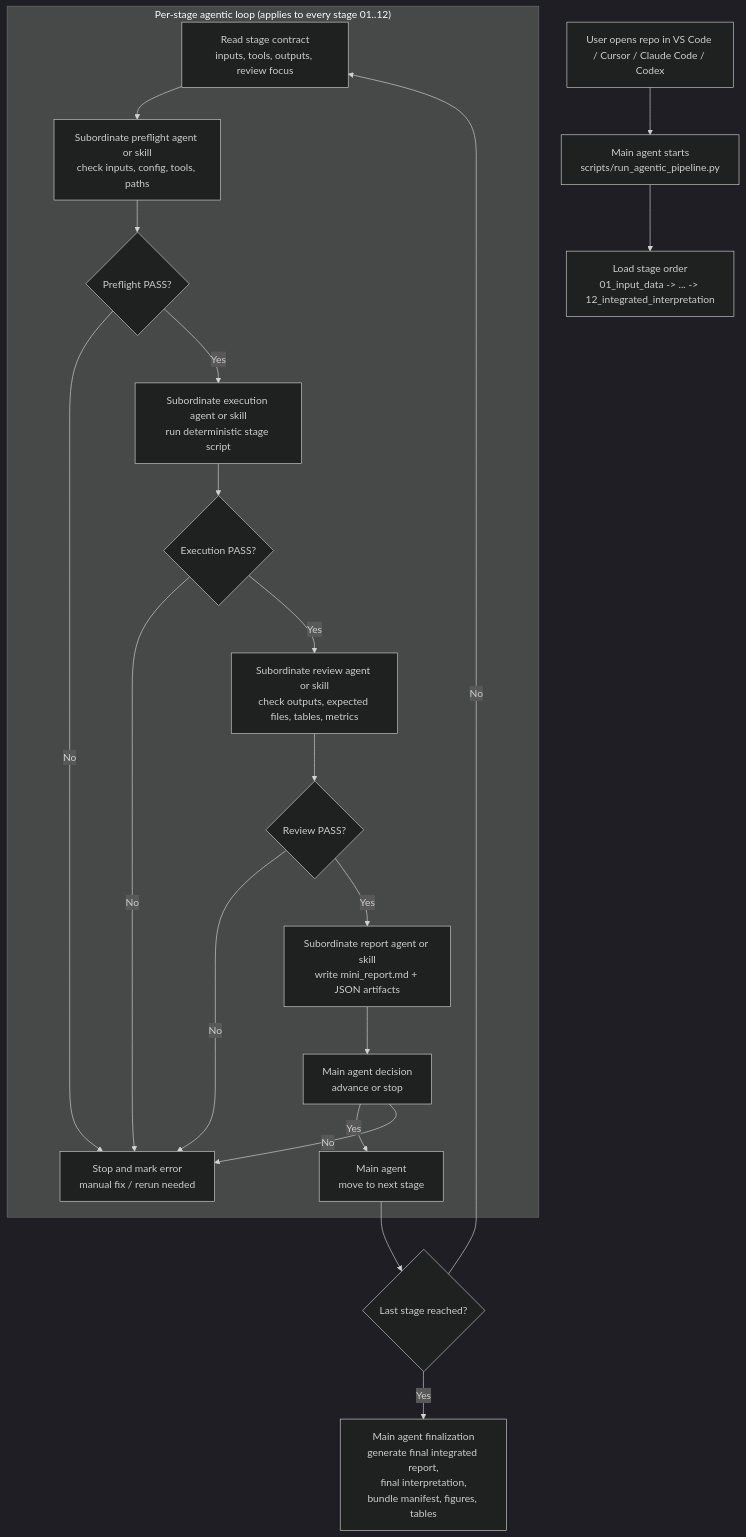
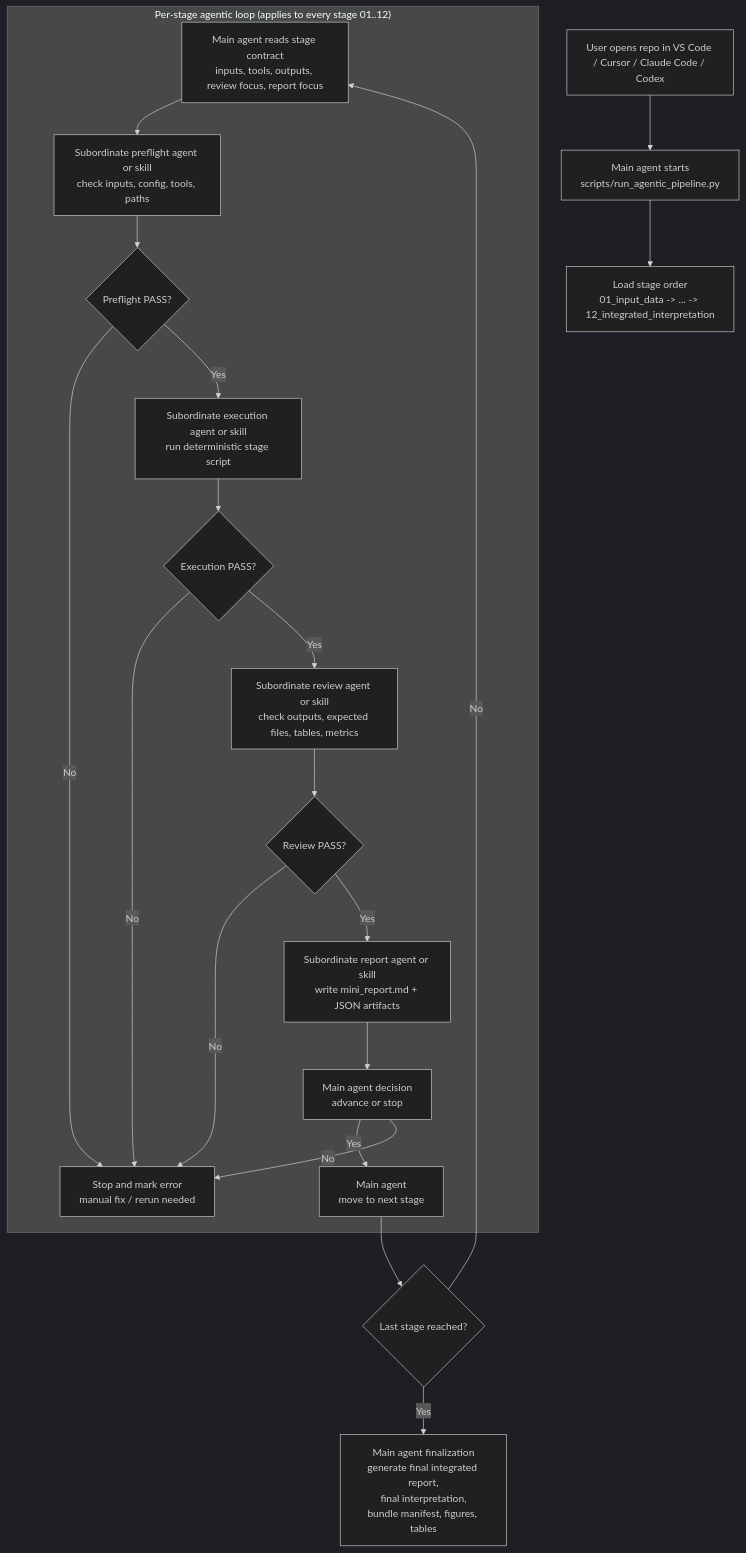
One commit to dauletulyaidyn/somatic-like-scrna-variants-ml-pipeline changed the first of 3 diagrams in docs/AGENTIC_WORKFLOW_REVIEW.md. Above: the diagram before and after it, drawn with Mermaid (dark theme). The commit also changed other lines of this file and 19 other files, not shown here.

````diff
--- a/docs/AGENTIC_WORKFLOW_REVIEW.md
+++ b/docs/AGENTIC_WORKFLOW_REVIEW.md
@@ -8,33 +8,33 @@
 ```mermaid
 flowchart TD
     U["User opens repo in VS Code / Cursor / Claude Code / Codex"] --> M["Main agent starts<br/>scripts/run_agentic_pipeline.py"]
     M --> L1["Load stage order<br/>01_input_data -> ... -> 12_integrated_interpretation"]
 
     subgraph LOOP["Per-stage agentic loop (applies to every stage 01..12)"]
-        A["Read stage contract<br/>inputs, tools, outputs, review focus"]
+        A["Main agent reads stage contract<br/>inputs, tools, outputs, review focus, report focus"]
         B["Subordinate preflight agent or skill<br/>check inputs, config, tools, paths"]
         C{"Preflight PASS?"}
         D["Subordinate execution agent or skill<br/>run deterministic stage script"]
         E{"Execution PASS?"}
         F["Subordinate review agent or skill<br/>check outputs, expected files, tables, metrics"]
         G{"Review PASS?"}
         H["Subordinate report agent or skill<br/>write mini_report.md + JSON artifacts"]
         I["Main agent decision<br/>advance or stop"]
         J["Main agent<br/>move to next stage"]
         K["Stop and mark error<br/>manual fix / rerun needed"]
 
         A --> B --> C
         C -- No --> K
         C -- Yes --> D --> E
         E -- No --> K
         E -- Yes --> F --> G
         G -- No --> K
         G -- Yes --> H --> I
         I -- Yes --> J
         I -- No --> K
     end
 
     J --> Z{"Last stage reached?"}
     Z -- No --> A
     Z -- Yes --> R["Main agent finalization<br/>generate final integrated report,<br/>final interpretation,<br/>bundle manifest, figures, tables"]
 ```
````
